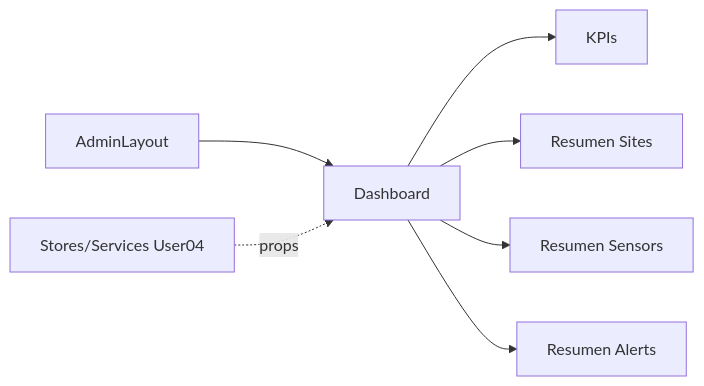
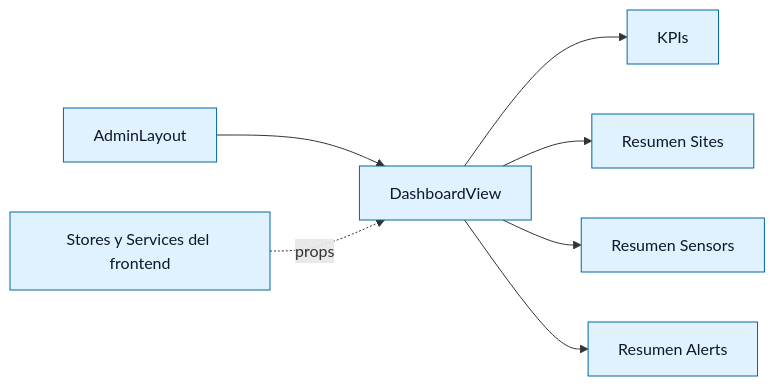
One commit to Anagamedina/ft_transcendence changed the second of 6 diagrams in docs/florinda/06-admin-dashboard/03-diagrama.md. Above: the diagram before and after it, drawn with Mermaid. The commit also changed other lines of this file and 2 other files, not shown here.

Commit message:
docs(issue-7): documentar implementación, diagrama y verificación del Dashboard Admin

````diff
--- a/docs/florinda/06-admin-dashboard/03-diagrama.md
+++ b/docs/florinda/06-admin-dashboard/03-diagrama.md
@@ -8,9 +10,11 @@
 ```mermaid
 flowchart LR
- A[AdminLayout] --> B[Dashboard]
+ A[AdminLayout] --> B[DashboardView]
  B --> C[KPIs]
  B --> D[Resumen Sites]
  B --> E[Resumen Sensors]
  B --> F[Resumen Alerts]
-G[Stores/Services User04] -. props .-> B
+ G["Stores y Services del frontend"] -. props .-> B
+
+ classDef default fill:#e0f2fe,stroke:#0369a1,color:#0f172a
 ```
````
